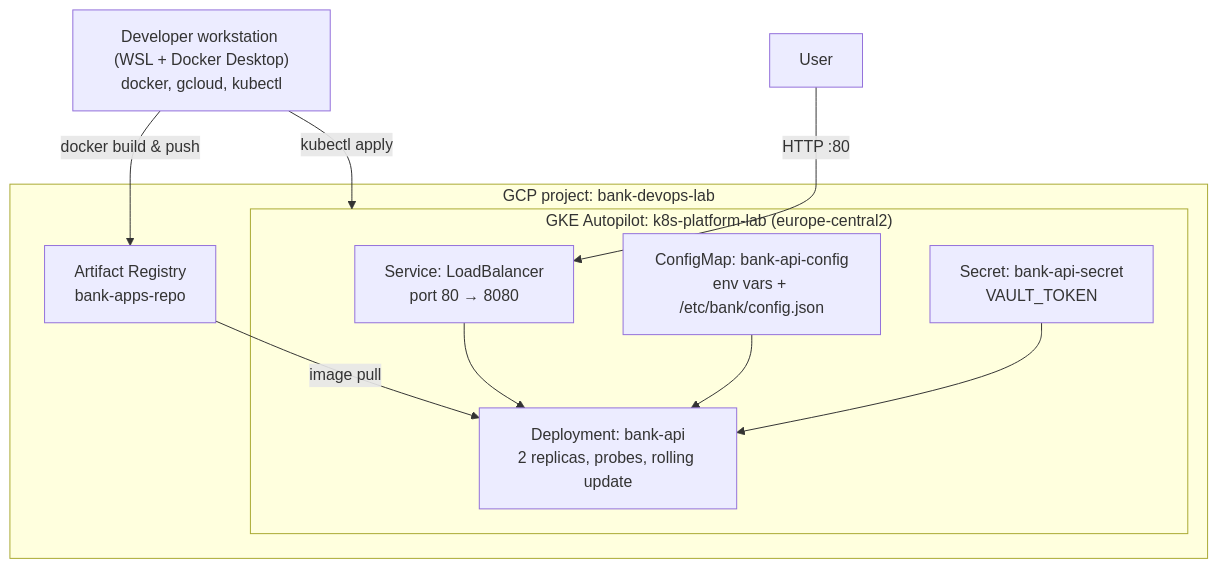
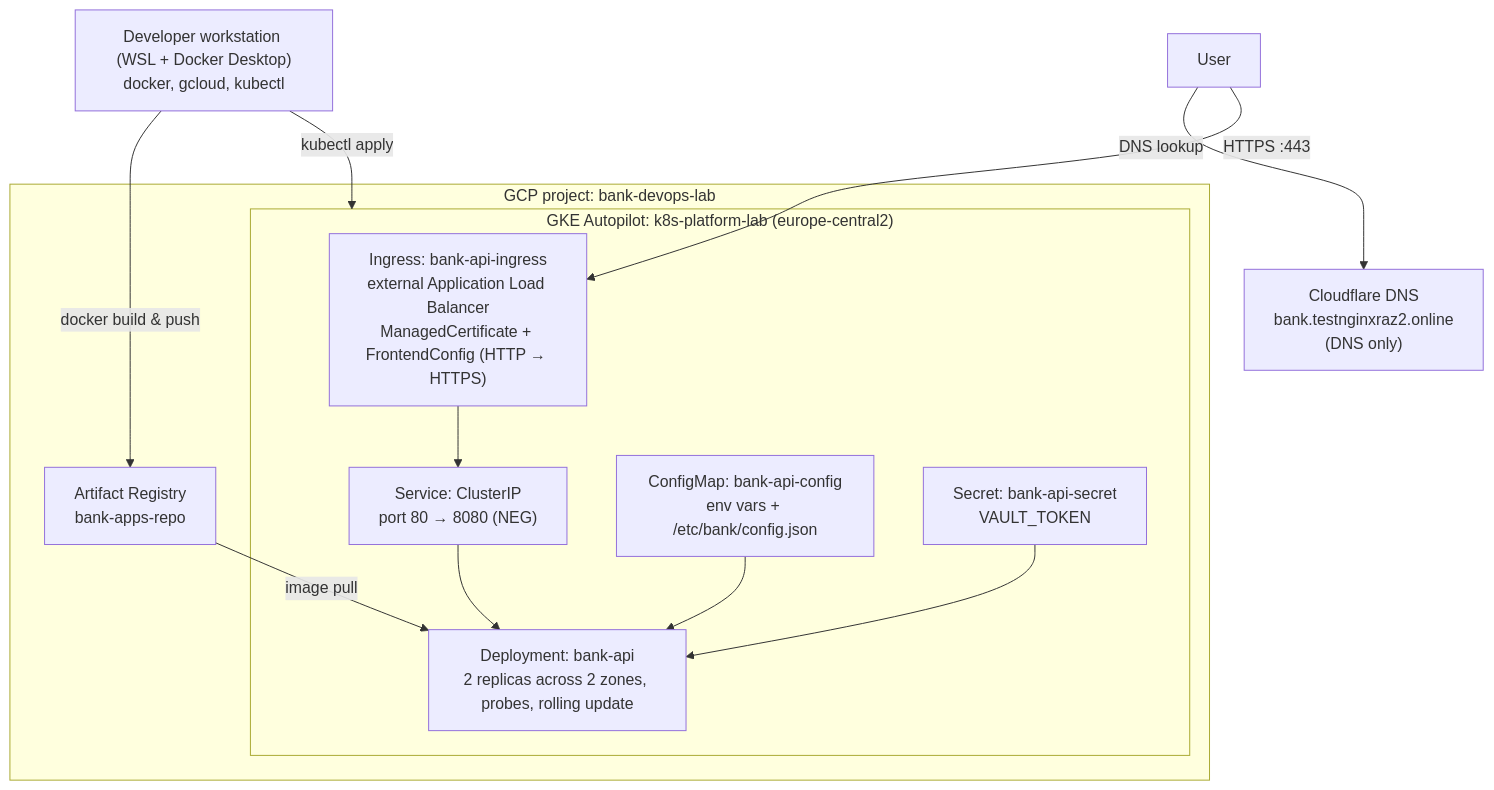
Before and after one commit to xdawidr/k8s-platform-lab: the diagram in README.md, drawn with Mermaid. The commit also changed other lines of this file and 1 other file, not shown here.

````diff
--- a/README.md
+++ b/README.md
@@ -13,23 +16,27 @@
 ```mermaid
 flowchart TB
     dev["Developer workstation (WSL + Docker Desktop)<br/>docker, gcloud, kubectl"]
     user["User"]
+    dns["Cloudflare DNS<br/>bank.testnginxraz2.online<br/>(DNS only)"]
 
     subgraph gcp["GCP project: bank-devops-lab"]
         ar["Artifact Registry<br/>bank-apps-repo"]
         subgraph gke["GKE Autopilot: k8s-platform-lab (europe-central2)"]
-            svc["Service: LoadBalancer<br/>port 80 → 8080"]
-            deploy["Deployment: bank-api<br/>2 replicas, probes, rolling update"]
+            ing["Ingress: bank-api-ingress<br/>external Application Load Balancer<br/>ManagedCertificate + FrontendConfig (HTTP → HTTPS)"]
+            svc["Service: ClusterIP<br/>port 80 → 8080 (NEG)"]
+            deploy["Deployment: bank-api<br/>2 replicas across 2 zones, probes, rolling update"]
             cm["ConfigMap: bank-api-config<br/>env vars + /etc/bank/config.json"]
             sec["Secret: bank-api-secret<br/>VAULT_TOKEN"]
         end
     end
 
     dev -- "docker build & push" --> ar
     dev -- "kubectl apply" --> gke
-    user -- "HTTP :80" --> svc
+    user -- "DNS lookup" --> dns
+    user -- "HTTPS :443" --> ing
+    ing --> svc
     svc --> deploy
     ar -- "image pull" --> deploy
     cm --> deploy
     sec --> deploy
 ```
````
